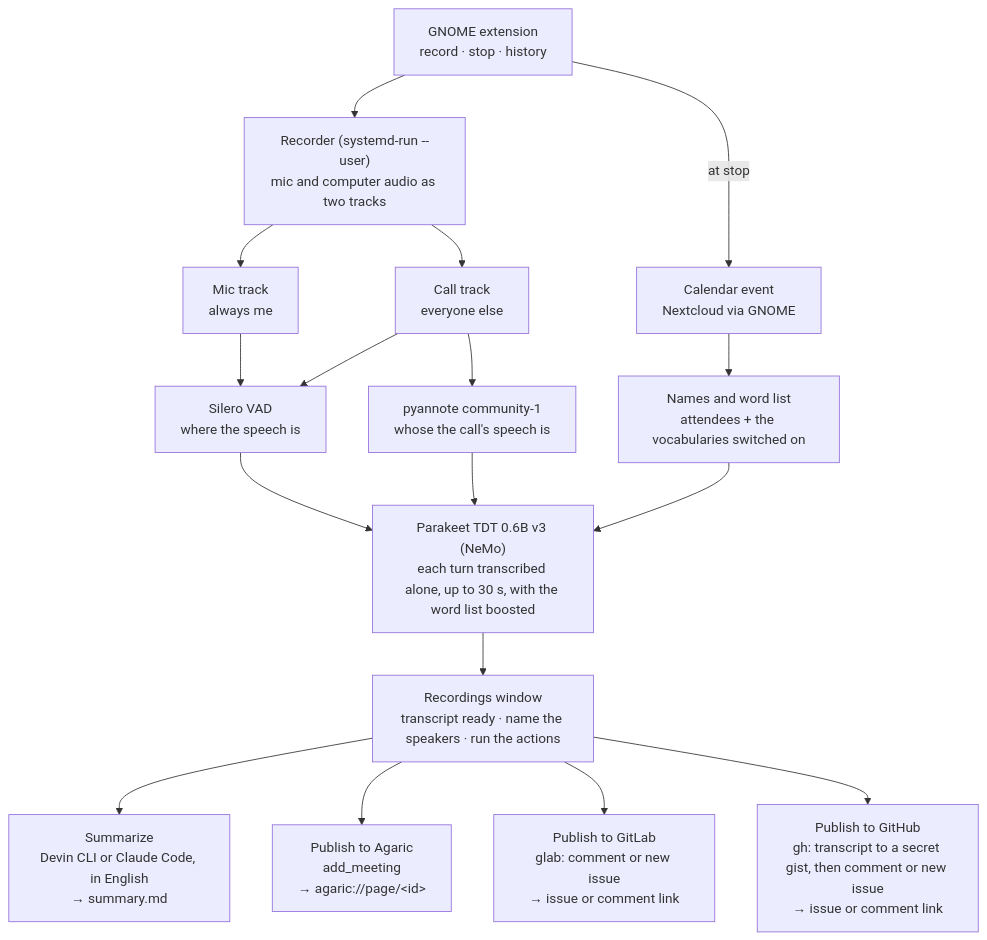
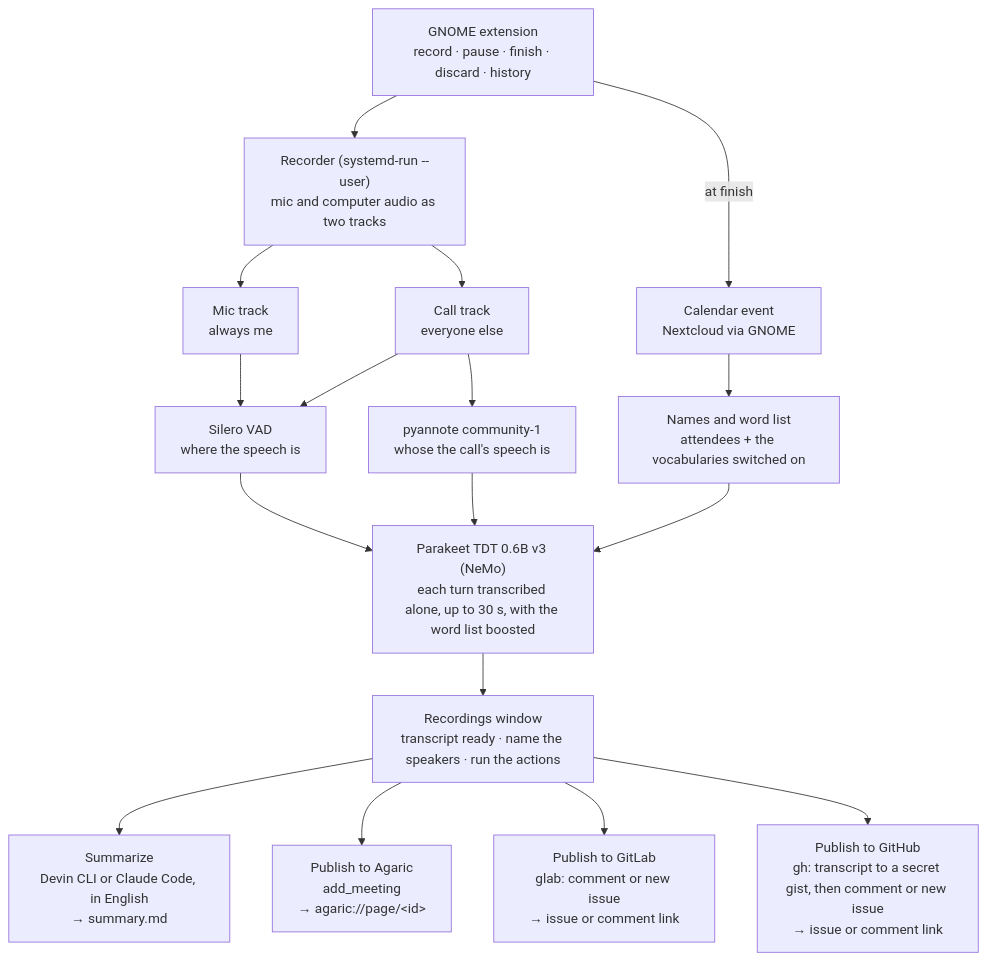
The first of 2 diagrams in docs/design.md (jfolcini/minutas), drawn with Mermaid before and after one commit. The commit also changed other lines of this file and 20 other files, not shown here.

First line of the commit message:
feat(recorder): pause, resume, finish and discard a recording; cancel a transcription from the top bar (#92)

````diff
--- a/docs/design.md
+++ b/docs/design.md
@@ -50,34 +50,34 @@
 ```mermaid
 flowchart TD
-    ext["GNOME extension<br/>record · stop · history"]
+    ext["GNOME extension<br/>record · pause · finish · discard · history"]
     rec["Recorder (systemd-run --user)<br/>mic and computer audio as two tracks"]
     mic["Mic track<br/>always me"]
     calltrack["Call track<br/>everyone else"]
     cal["Calendar event<br/>Nextcloud via GNOME"]
     vad["Silero VAD<br/>where the speech is"]
     diar["pyannote community-1<br/>whose the call's speech is"]
     words["Names and word list<br/>attendees + the vocabularies switched on"]
     asr["Parakeet TDT 0.6B v3 (NeMo)<br/>each turn transcribed alone, up to 30 s, with the word list boosted"]
     hist["Recordings window<br/>transcript ready · name the speakers · run the actions"]
     sum["Summarize<br/>Devin CLI or Claude Code, in English<br/>→ summary.md"]
     agaric["Publish to Agaric<br/>add_meeting<br/>→ agaric://page/&lt;id&gt;"]
     gitlab["Publish to GitLab<br/>glab: comment or new issue<br/>→ issue or comment link"]
     github["Publish to GitHub<br/>gh: transcript to a secret gist, then comment or new issue<br/>→ issue or comment link"]
 
     ext --> rec
-    ext -- at stop --> cal
+    ext -- at finish --> cal
     rec --> mic
     rec --> calltrack
     mic --> vad
     calltrack --> vad
     calltrack --> diar
     cal --> words
     vad --> asr
     diar --> asr
     words --> asr
     asr --> hist
     hist --> sum
     hist --> agaric
     hist --> gitlab
     hist --> github
 ```
````
